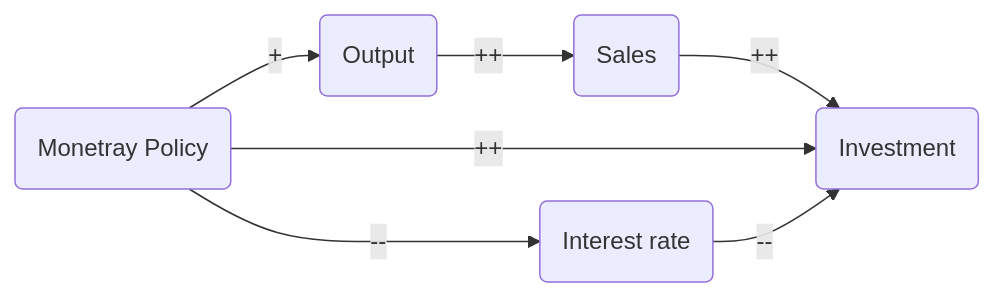
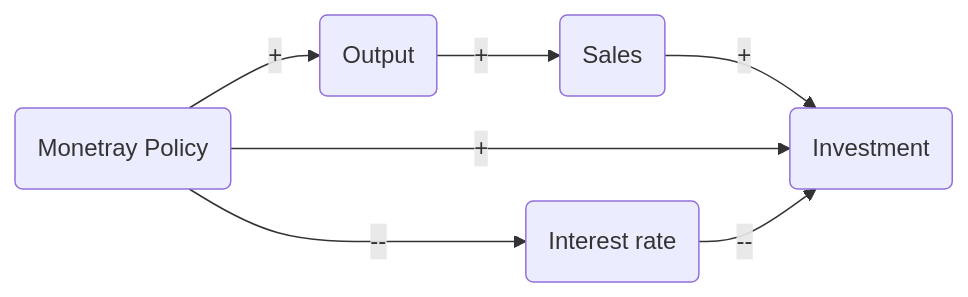
Before and after one commit to JermaineChen404/JermaineChen404.github.io: the third of 4 diagrams in docs/ECON2123/The IS-LM Model.md, drawn with Mermaid. The commit also changed other lines of this file, not shown here.

````diff
--- a/docs/ECON2123/The IS-LM Model.md
+++ b/docs/ECON2123/The IS-LM Model.md
@@ -142,9 +142,9 @@
 ```mermaid
 flowchart LR
 	6(Monetray Policy) -->|+|7(Output)
 	6 -->|--| 8(Interest rate)
-	7 -->|++| 9(Sales)
-	9 -->|++| 10(Investment)
-	6 -->|++| 10
+	7 -->|+| 9(Sales)
+	9 -->|+| 10(Investment)
+	6 -->|+| 10
 	8 -->|--| 10
 ```
````
